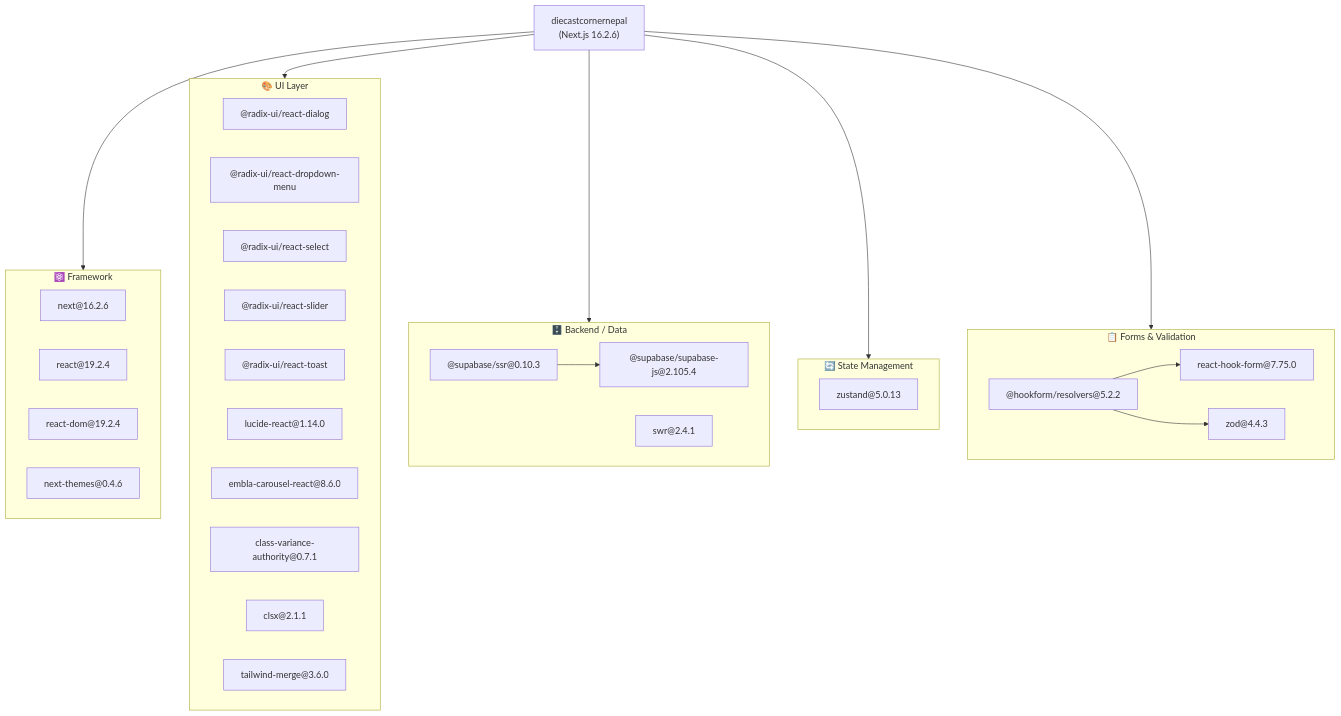
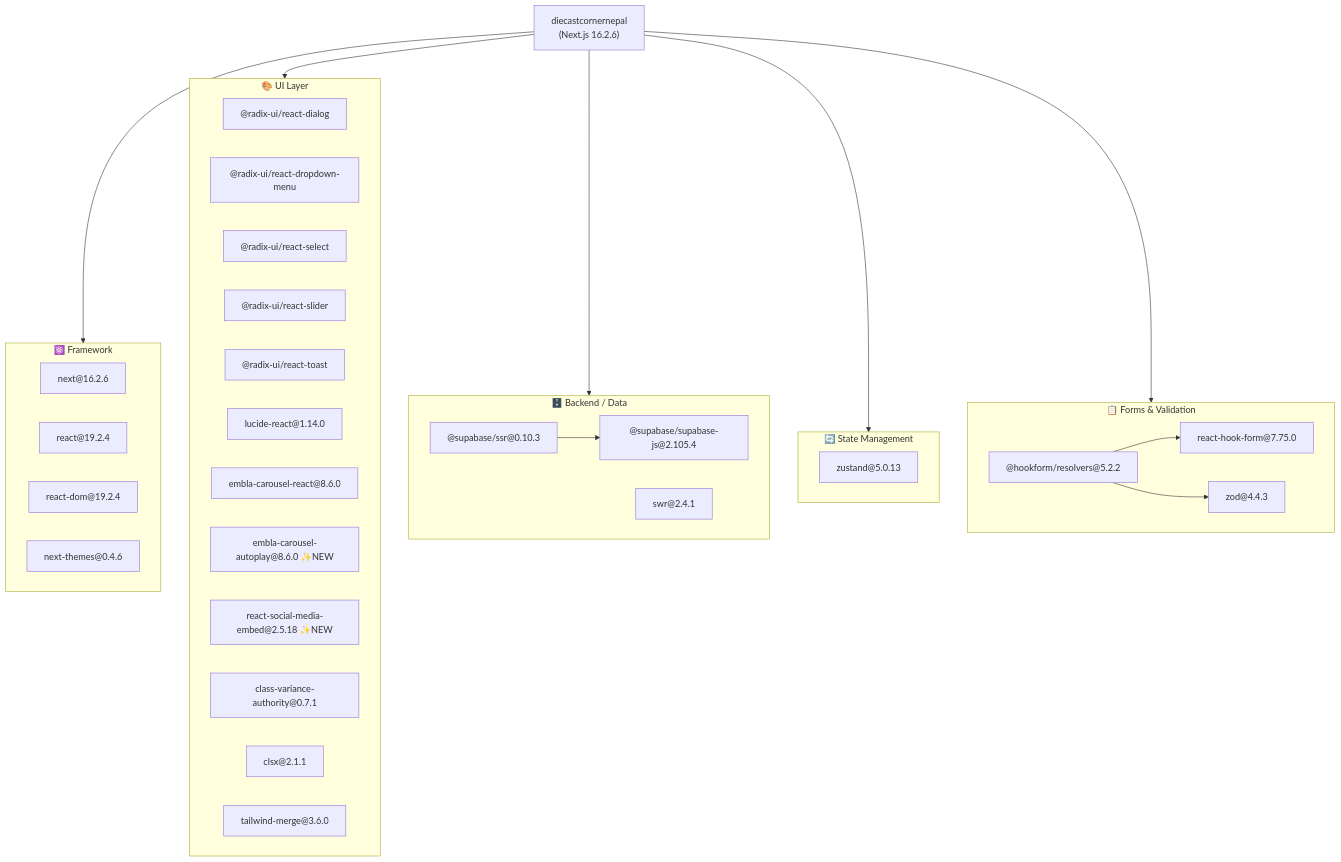
The first of 5 diagrams in dependency_graph.md (noorkth2/thediecastcornernepal), drawn with Mermaid before and after one commit. The commit also changed other lines of this file, not shown here.

Commit message:
docs: update dependency graph to reflect media and bulk import features

````diff
--- a/dependency_graph.md
+++ b/dependency_graph.md
@@ -8,50 +8,52 @@
 ```mermaid
 graph TD
   APP["diecastcornernepal<br/>(Next.js 16.2.6)"]
 
   subgraph Framework ["⚛️ Framework"]
     NEXT["next@16.2.6"]
     REACT["react@19.2.4"]
     REACTDOM["react-dom@19.2.4"]
     NEXTTHEMES["next-themes@0.4.6"]
   end
 
   subgraph UI ["🎨 UI Layer"]
     RADIX_DIALOG["@radix-ui/react-dialog"]
     RADIX_DROPDOWN["@radix-ui/react-dropdown-menu"]
     RADIX_SELECT["@radix-ui/react-select"]
     RADIX_SLIDER["@radix-ui/react-slider"]
     RADIX_TOAST["@radix-ui/react-toast"]
     LUCIDE["lucide-react@1.14.0"]
     EMBLA["embla-carousel-react@8.6.0"]
+    EMBLA_AUTO["embla-carousel-autoplay@8.6.0 ✨NEW"]
+    REACT_SOCIAL["react-social-media-embed@2.5.18 ✨NEW"]
     CVA["class-variance-authority@0.7.1"]
     CLSX["clsx@2.1.1"]
     TWMERGE["tailwind-merge@3.6.0"]
   end
 
   subgraph Backend ["🗄️ Backend / Data"]
     SB_SSR["@supabase/ssr@0.10.3"]
     SB_JS["@supabase/supabase-js@2.105.4"]
     SWR["swr@2.4.1"]
   end
 
   subgraph State ["🔄 State Management"]
     ZUSTAND["zustand@5.0.13"]
   end
 
   subgraph Forms ["📋 Forms & Validation"]
     RHF["react-hook-form@7.75.0"]
     RHF_RESOLVERS["@hookform/resolvers@5.2.2"]
     ZOD["zod@4.4.3"]
   end
 
   APP --> Framework
   APP --> UI
   APP --> Backend
   APP --> State
   APP --> Forms
 
   SB_SSR --> SB_JS
   RHF_RESOLVERS --> ZOD
   RHF_RESOLVERS --> RHF
 ```
````
